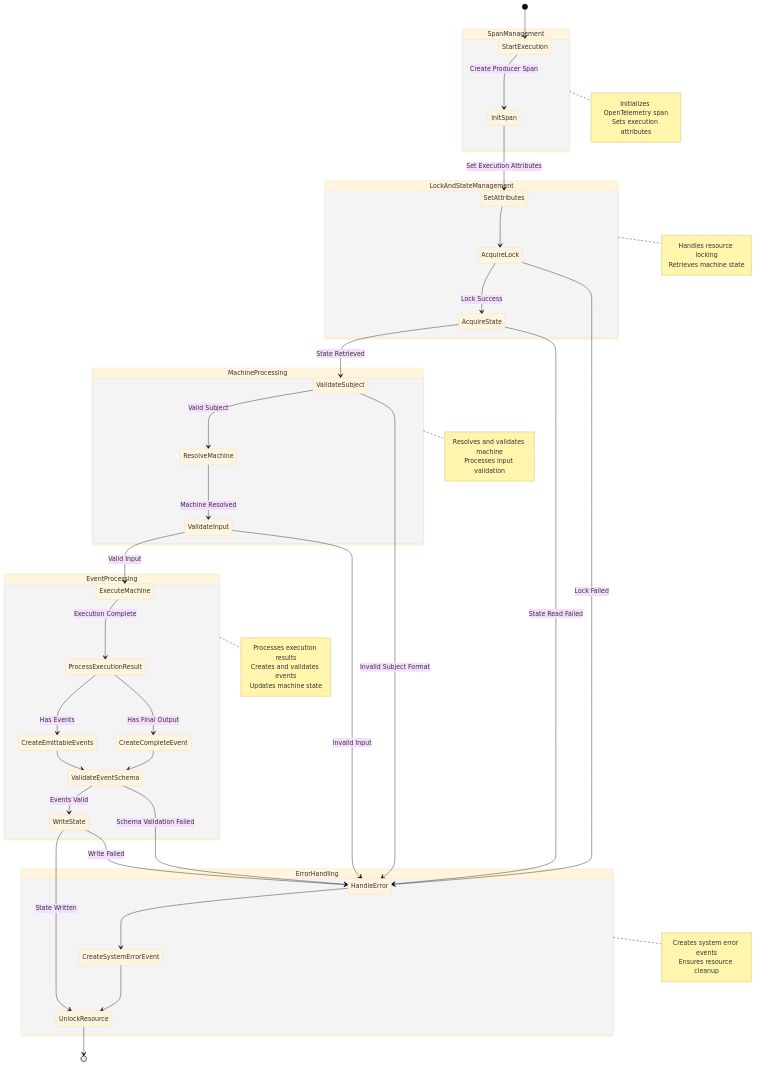
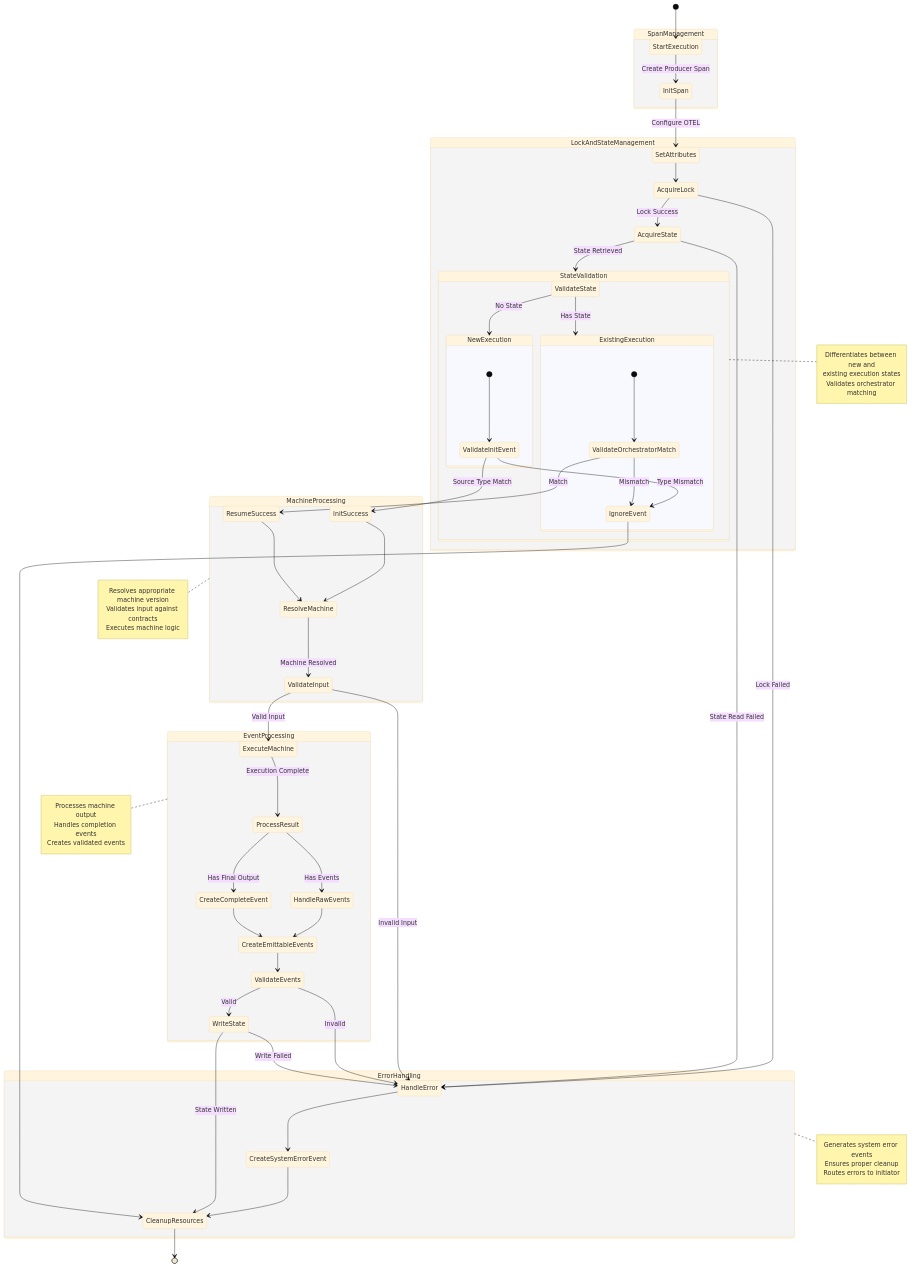
Before and after one commit to SaadAhmad123/arvo-xstate: the first of 2 diagrams in src/ArvoOrchestrator/ExecutionDiagrams.md, drawn with Mermaid (base theme). The commit also changed other lines of this file and 96 other files, not shown here.

````diff
--- a/src/ArvoOrchestrator/ExecutionDiagrams.md
+++ b/src/ArvoOrchestrator/ExecutionDiagrams.md
@@ -23,70 +23,84 @@
 
     state SpanManagement {
         StartExecution --> InitSpan: Create Producer Span
-        InitSpan --> SetAttributes: Set Execution Attributes
+        InitSpan --> SetAttributes: Configure OTEL
     }
 
     state LockAndStateManagement {
         SetAttributes --> AcquireLock
         AcquireLock --> AcquireState: Lock Success
         AcquireLock --> HandleError: Lock Failed
-        AcquireState --> ValidateSubject: State Retrieved
+        AcquireState --> StateValidation: State Retrieved
         AcquireState --> HandleError: State Read Failed
     }
 
+    state StateValidation {
+        ValidateState --> NewExecution: No State
+        ValidateState --> ExistingExecution: Has State
+        
+        state NewExecution {
+            [*] --> ValidateInitEvent
+            ValidateInitEvent --> InitSuccess: Source Type Match
+            ValidateInitEvent --> IgnoreEvent: Type Mismatch
+        }
+
+        state ExistingExecution {
+            [*] --> ValidateOrchestratorMatch
+            ValidateOrchestratorMatch --> ResumeSuccess: Match
+            ValidateOrchestratorMatch --> IgnoreEvent: Mismatch
+        }
+    }
+
     state MachineProcessing {
-        ValidateSubject --> ResolveMachine: Valid Subject
-        ValidateSubject --> HandleError: Invalid Subject Format
-
+        InitSuccess --> ResolveMachine
+        ResumeSuccess --> ResolveMachine
         ResolveMachine --> ValidateInput: Machine Resolved
         ValidateInput --> ExecuteMachine: Valid Input
         ValidateInput --> HandleError: Invalid Input
     }
 
     state EventProcessing {
-        ExecuteMachine --> ProcessExecutionResult: Execution Complete
-        ProcessExecutionResult --> CreateEmittableEvents: Has Events
-        ProcessExecutionResult --> CreateCompleteEvent: Has Final Output
-
-        CreateEmittableEvents --> ValidateEventSchema
-        CreateCompleteEvent --> ValidateEventSchema
-
-        ValidateEventSchema --> WriteState: Events Valid
-        ValidateEventSchema --> HandleError: Schema Validation Failed
+        ExecuteMachine --> ProcessResult: Execution Complete
+        ProcessResult --> HandleRawEvents: Has Events
+        ProcessResult --> CreateCompleteEvent: Has Final Output
+        HandleRawEvents --> CreateEmittableEvents
+        CreateCompleteEvent --> CreateEmittableEvents
+        CreateEmittableEvents --> ValidateEvents
+        ValidateEvents --> WriteState: Valid
+        ValidateEvents --> HandleError: Invalid
     }
 
     state ErrorHandling {
         HandleError --> CreateSystemErrorEvent
-        CreateSystemErrorEvent --> UnlockResource
+        CreateSystemErrorEvent --> CleanupResources
     }
 
-    WriteState --> UnlockResource: State Written
+    WriteState --> CleanupResources: State Written
     WriteState --> HandleError: Write Failed
-    UnlockResource --> [*]
+    CleanupResources --> [*]
+    IgnoreEvent --> CleanupResources
 
-    note right of SpanManagement
-        Initializes OpenTelemetry span
-        Sets execution attributes
-    end note
-
-    note right of LockAndStateManagement
-        Handles resource locking
-        Retrieves machine state
+    note right of StateValidation
+        Differentiates between new and
+        existing execution states
+        Validates orchestrator matching
     end note
 
     note right of MachineProcessing
-        Resolves and validates machine
-        Processes input validation
+        Resolves appropriate machine version
+        Validates input against contracts
+        Executes machine logic
     end note
 
     note right of EventProcessing
-        Processes execution results
-        Creates and validates events
-        Updates machine state
+        Processes machine output
+        Handles completion events
+        Creates validated events
     end note
 
     note right of ErrorHandling
-        Creates system error events
-        Ensures resource cleanup
+        Generates system error events
+        Ensures proper cleanup
+        Routes errors to initiator
     end note
 ```
````
